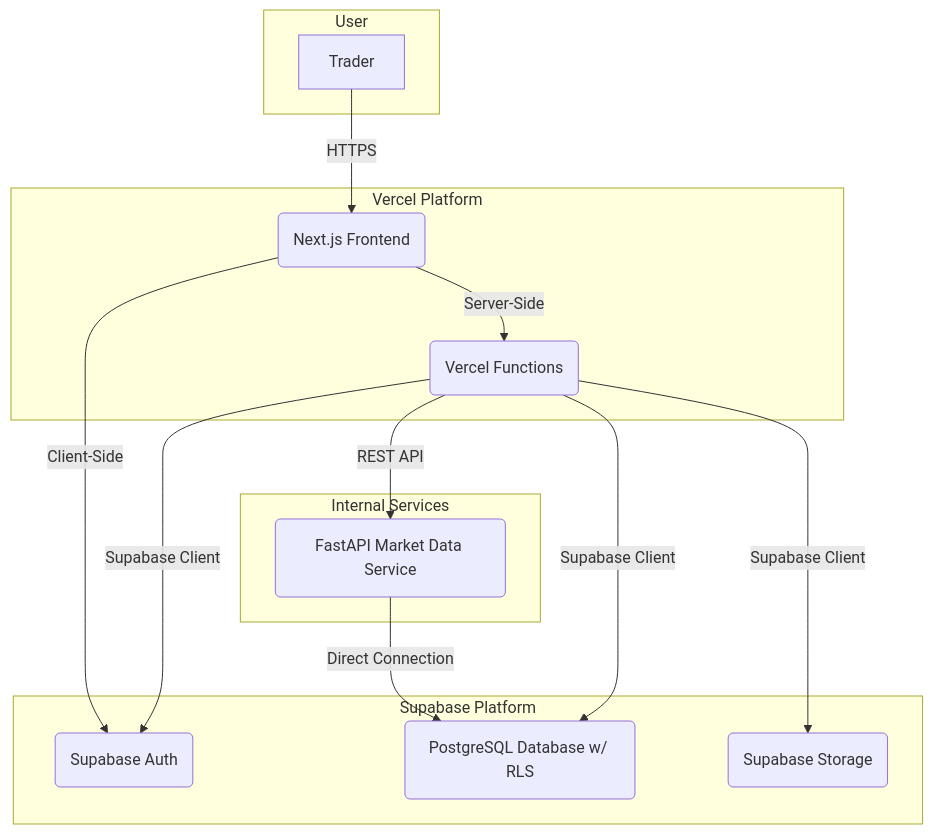
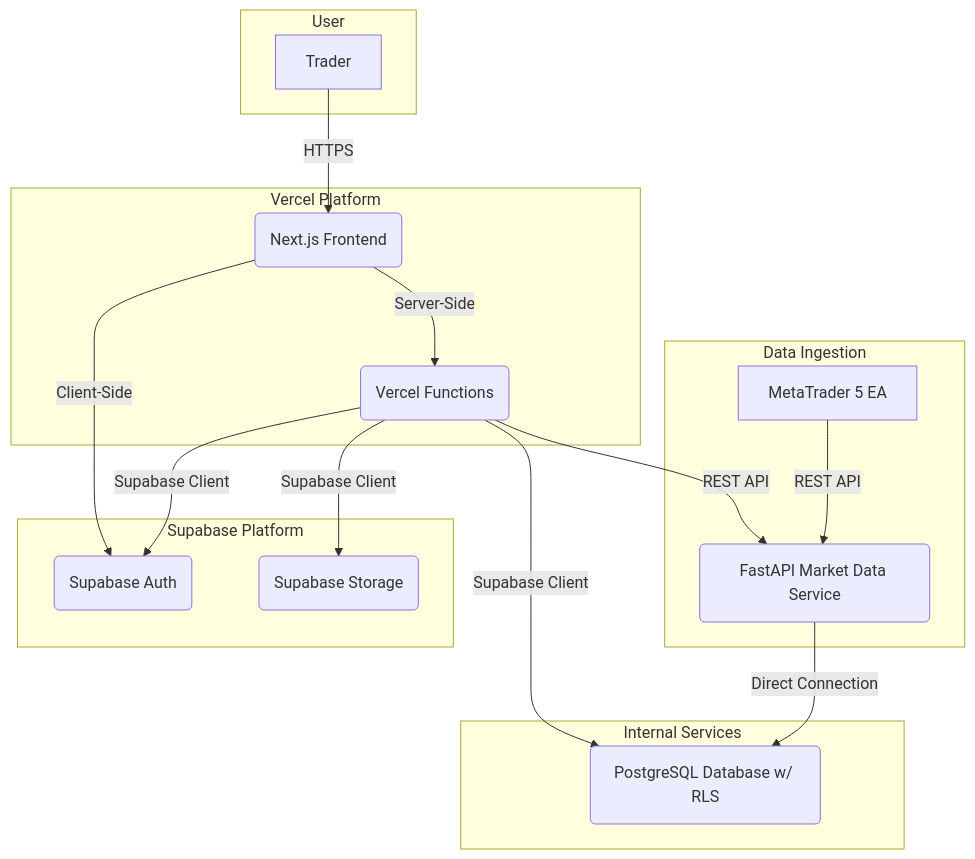
Before and after one commit to TN-Solutions/trading-system: the diagram in docs/architecture/2-high-level-architecture.md, drawn with Mermaid. The commit also changed other lines of this file and 73 other files, not shown here.

````diff
--- a/docs/architecture/2-high-level-architecture.md
+++ b/docs/architecture/2-high-level-architecture.md
@@ -31,24 +31,28 @@
 ```mermaid
 graph TD
+    subgraph "Data Ingestion"
+        MT5[MetaTrader 5 EA] -- REST API --> FastAPI
+    end
+
     subgraph "User"
         U[Trader]
     end
 
     subgraph "Vercel Platform"
         U -- HTTPS --> FE(Next.js Frontend)
         FE -- Server-Side --> VercelFunc(Vercel Functions)
     end
 
+    subgraph "Internal Services"
+        VercelFunc -- REST API --> FastAPI(FastAPI Market Data Service)
+        FastAPI -- Direct Connection --> DB
+    end
+
     subgraph "Supabase Platform"
         VercelFunc -- Supabase Client --> Auth(Supabase Auth)
         VercelFunc -- Supabase Client --> DB(PostgreSQL Database w/ RLS)
         VercelFunc -- Supabase Client --> Store(Supabase Storage)
     end
-    
-    subgraph "Internal Services"
-        VercelFunc -- REST API --> FastAPI(FastAPI Market Data Service)
-        FastAPI -- Direct Connection --> DB
-    end
 
     FE -- Client-Side --> Auth
 ```
````
